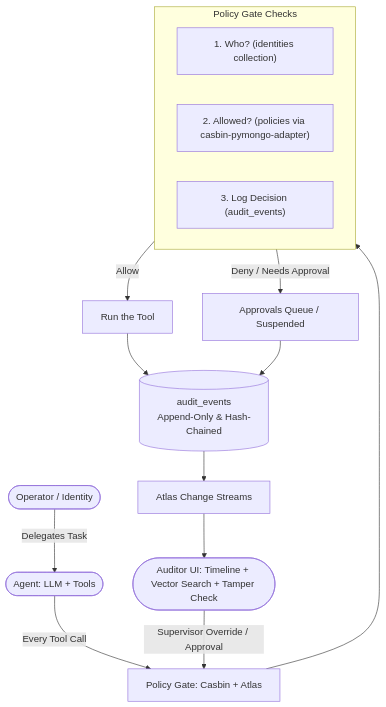
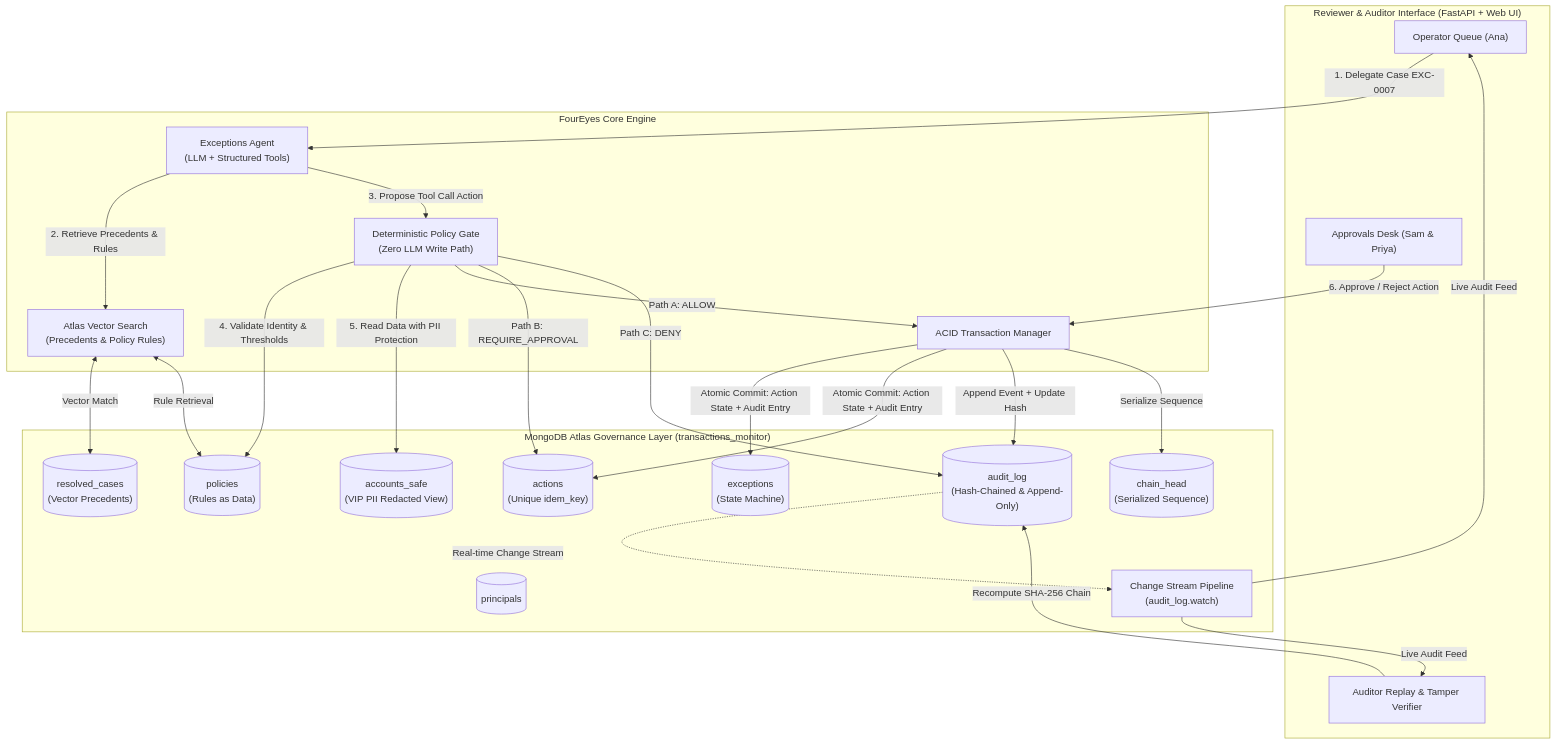
One commit to lognos/transactions_monitor changed the diagram in payment_exception_audit_agent.md. Above: the diagram before and after it, drawn with Mermaid. The commit also changed other lines of this file and 28 other files, not shown here.

Commit message:
docs: reconcile payment exception agent with notes and add FinTRAC data fetcher

````diff
--- a/payment_exception_audit_agent.md
+++ b/payment_exception_audit_agent.md
@@ -43,22 +72,52 @@
 ```mermaid
 flowchart TD
-    Operator([Operator / Identity]) -->|Delegates Task| Agent([Agent: LLM + Tools])
-    Agent -->|Every Tool Call| Gate[Policy Gate: Casbin + Atlas]
+    subgraph Client ["Reviewer & Auditor Interface (FastAPI + Web UI)"]
+        OperatorUI["Operator Queue (Ana)"]
+        ApproverUI["Approvals Desk (Sam & Priya)"]
+        AuditorUI["Auditor Replay & Tamper Verifier"]
+    end
+
+    subgraph Backend ["FourEyes Core Engine"]
+        Agent["Exceptions Agent\n(LLM + Structured Tools)"]
+        VectorEngine["Atlas Vector Search\n(Precedents & Policy Rules)"]
+        PolicyGate["Deterministic Policy Gate\n(Zero LLM Write Path)"]
+        TxManager["ACID Transaction Manager"]
+    end
+
+    subgraph Atlas ["MongoDB Atlas Governance Layer (transactions_monitor)"]
+        PrincipalsCol[("principals")]
+        PoliciesCol[("policies\n(Rules as Data)")]
+        ExceptionsCol[("exceptions\n(State Machine)")]
+        ActionsCol[("actions\n(Unique idem_key)")]
+        AuditCol[("audit_log\n(Hash-Chained & Append-Only)")]
+        ChainHead[("chain_head\n(Serialized Sequence)")]
+        AccountsSafe[("accounts_safe\n(VIP PII Redacted View)")]
+        ResolvedCases[("resolved_cases\n(Vector Precedents)")]
+        ChangeStream["Change Stream Pipeline\n(audit_log.watch)"]
+    end
+
+    OperatorUI -->|1. Delegate Case EXC-0007| Agent
+    Agent -->|2. Retrieve Precedents & Rules| VectorEngine
+    VectorEngine <-->|Vector Match| ResolvedCases
+    VectorEngine <-->|Rule Retrieval| PoliciesCol
+
+    Agent -->|3. Propose Tool Call Action| PolicyGate
+    PolicyGate -->|4. Validate Identity & Thresholds| PoliciesCol
+    PolicyGate -->|5. Read Data with PII Protection| AccountsSafe
+
+    PolicyGate -->|Path A: ALLOW| TxManager
+    PolicyGate -->|Path B: REQUIRE_APPROVAL| ActionsCol
+    PolicyGate -->|Path C: DENY| AuditCol
+
+    ApproverUI -->|6. Approve / Reject Action| TxManager
     
-    subgraph GateChecks ["Policy Gate Checks"]
-        C1["1. Who? (identities collection)"]
-        C2["2. Allowed? (policies via casbin-pymongo-adapter)"]
-        C3["3. Log Decision (audit_events)"]
-    end
-    Gate --> GateChecks
-    
-    GateChecks -->|Allow| Exec[Run the Tool]
-    GateChecks -->|Deny / Needs Approval| Queue[Approvals Queue / Suspended]
-    
-    Exec --> Audit[(audit_events\nAppend-Only & Hash-Chained)]
-    Queue --> Audit
-    
-    Audit --> Stream[Atlas Change Streams]
-    Stream --> AuditorUI([Auditor UI: Timeline + Vector Search + Tamper Check])
-    AuditorUI -->|Supervisor Override / Approval| Gate
+    TxManager -->|Atomic Commit: Action State + Audit Entry| ExceptionsCol
+    TxManager -->|Atomic Commit: Action State + Audit Entry| ActionsCol
+    TxManager -->|Append Event + Update Hash| AuditCol
+    TxManager -->|Serialize Sequence| ChainHead
+
+    AuditCol -.->|Real-time Change Stream| ChangeStream
+    ChangeStream -->|Live Audit Feed| OperatorUI
+    ChangeStream -->|Live Audit Feed| AuditorUI
+    AuditorUI -->|Recompute SHA-256 Chain| AuditCol
 ```
````
